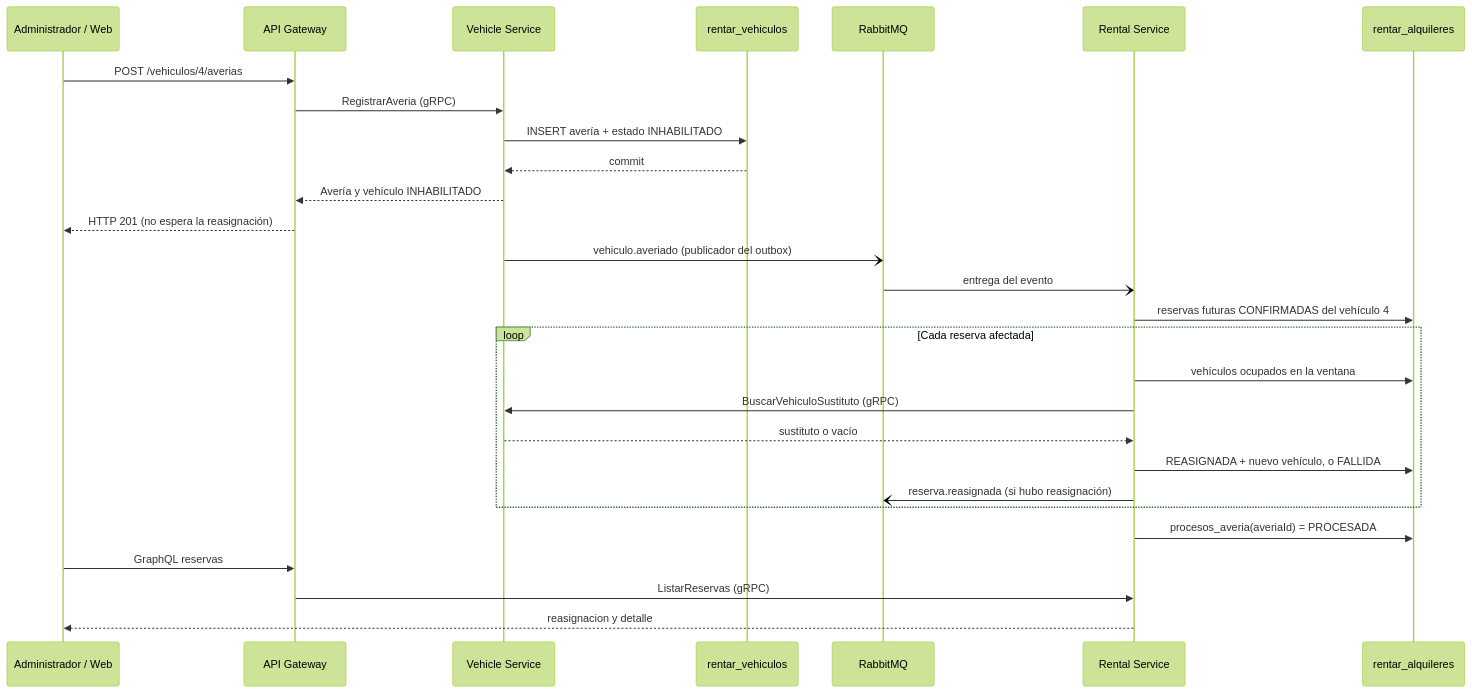
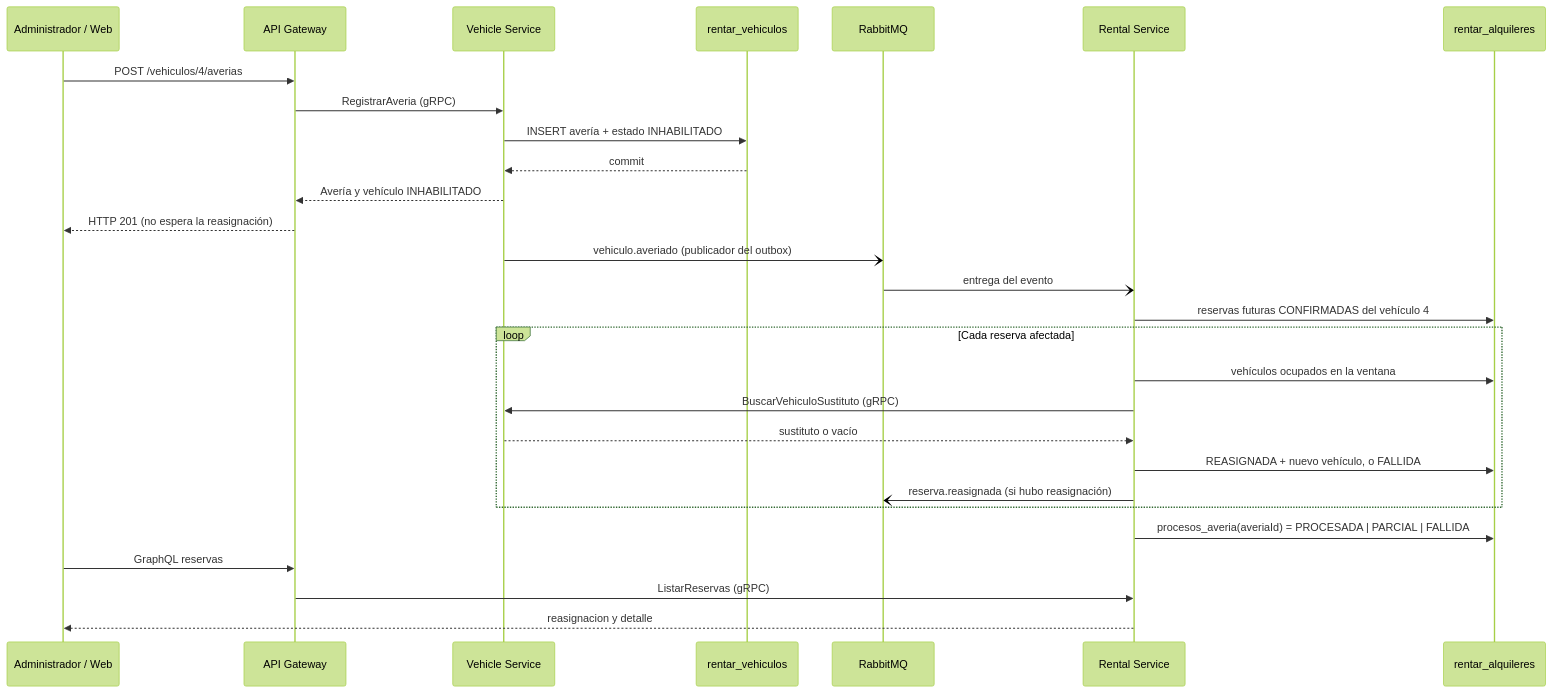
Before and after one commit to gomezrob17/sistema-rentar: the fourth of 4 diagrams in docs/recuperatorio-averias.md, drawn with Mermaid (forest theme). The commit also changed other lines of this file and 2 other files, not shown here.

````diff
--- a/docs/recuperatorio-averias.md
+++ b/docs/recuperatorio-averias.md
@@ -413,31 +423,31 @@
 ```mermaid
 sequenceDiagram
     participant A as Administrador / Web
     participant G as API Gateway
     participant V as Vehicle Service
     participant DBV as rentar_vehiculos
     participant B as RabbitMQ
     participant R as Rental Service
     participant DBR as rentar_alquileres
 
     A->>G: POST /vehiculos/4/averias
     G->>V: RegistrarAveria (gRPC)
     V->>DBV: INSERT avería + estado INHABILITADO
     DBV-->>V: commit
     V-->>G: Avería y vehículo INHABILITADO
     G-->>A: HTTP 201 (no espera la reasignación)
     V-)B: vehiculo.averiado (publicador del outbox)
     B-)R: entrega del evento
     R->>DBR: reservas futuras CONFIRMADAS del vehículo 4
     loop Cada reserva afectada
         R->>DBR: vehículos ocupados en la ventana
         R->>V: BuscarVehiculoSustituto (gRPC)
         V-->>R: sustituto o vacío
         R->>DBR: REASIGNADA + nuevo vehículo, o FALLIDA
         R-)B: reserva.reasignada (si hubo reasignación)
     end
-    R->>DBR: procesos_averia(averiaId) = PROCESADA
+    R->>DBR: procesos_averia(averiaId) = PROCESADA | PARCIAL | FALLIDA
     A->>G: GraphQL reservas
     G->>R: ListarReservas (gRPC)
     R-->>A: reasignacion y detalle
 ```
````
